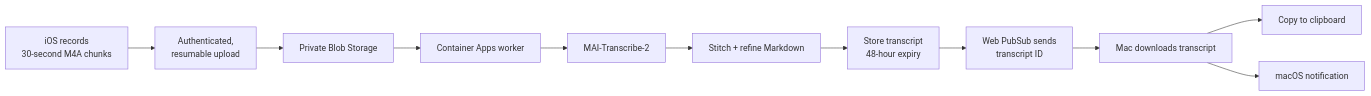
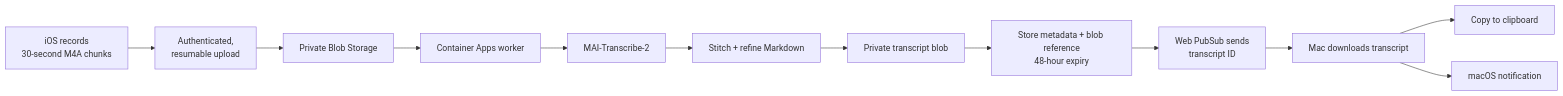
The second of 2 diagrams in README.md (michalmar/voice-memo), drawn with Mermaid before and after one commit. The commit also changed other lines of this file and 20 other files, not shown here.

````diff
--- a/README.md
+++ b/README.md
@@ -90,13 +97,14 @@
 ```mermaid
 flowchart LR
     IOS["iOS records<br/>30-second M4A chunks"] --> Upload["Authenticated,<br/>resumable upload"]
     Upload --> Storage["Private Blob Storage"]
     Storage --> Worker["Container Apps worker"]
     Worker --> MAI["MAI-Transcribe-2"]
     MAI --> Refine["Stitch + refine Markdown"]
-    Refine --> Table["Store transcript<br/>48-hour expiry"]
+    Refine --> Content["Private transcript blob"]
+    Content --> Table["Store metadata + blob reference<br/>48-hour expiry"]
     Table --> PubSub["Web PubSub sends<br/>transcript ID"]
     PubSub --> Mac["Mac downloads transcript"]
     Mac --> Clipboard["Copy to clipboard"]
     Mac --> Notice["macOS notification"]
 ```
````
